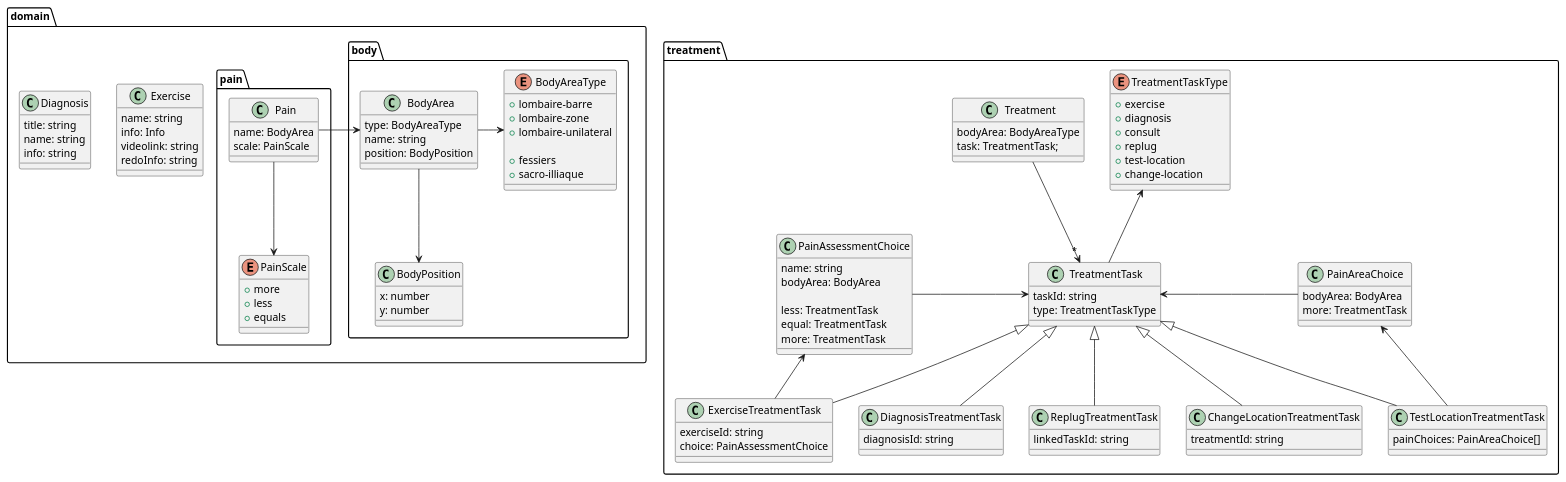
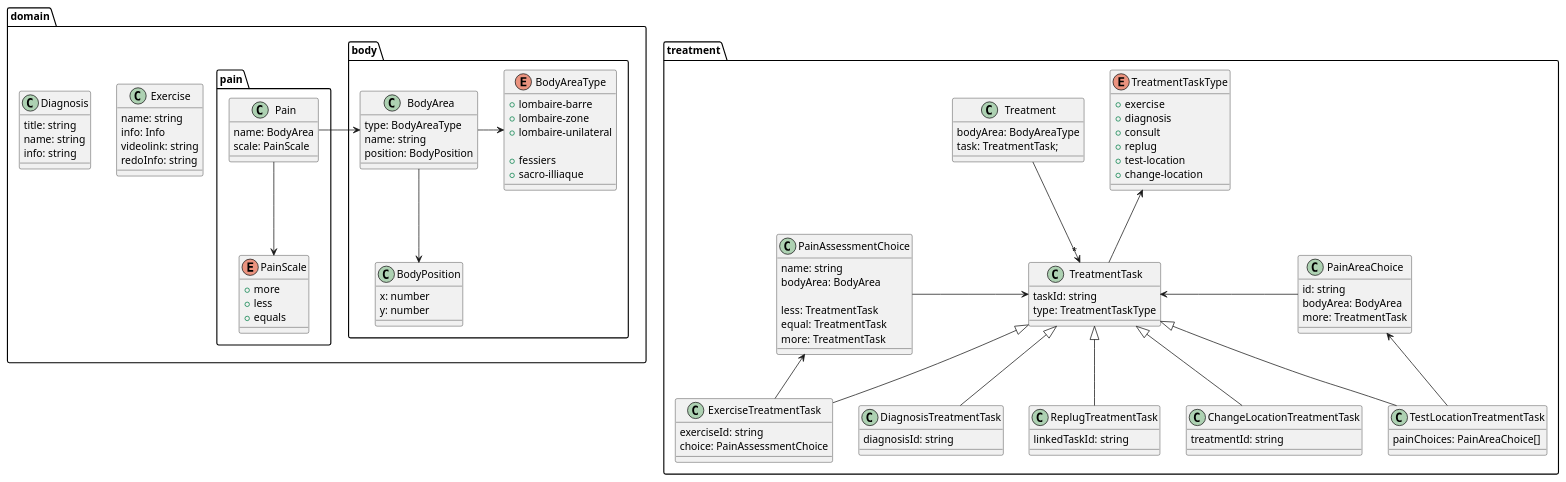
The diagram in documentation/puml/domain.model.puml (cevex/kinetic), drawn with PlantUML before and after one commit.

Commit message:
[init] Init treatment routing

```diff
--- a/documentation/puml/domain.model.puml
+++ b/documentation/puml/domain.model.puml
@@ -1,136 +1,137 @@
 @startuml
 
 package domain {
     package body {
 
         class BodyArea {
             type: BodyAreaType
             name: string
             position: BodyPosition
         }
 
         enum BodyAreaType {
             + lombaire-barre
             + lombaire-zone
             + lombaire-unilateral
 
             + fessiers
             + sacro-illiaque
         }
 
         class BodyPosition {
             x: number
             y: number
         }
 
         BodyArea -r-> BodyAreaType
         BodyArea --> BodyPosition
     }
 
     package pain {
 
         class Pain {
             name: BodyArea
             scale: PainScale
         }
 
         enum PainScale {
             + more
             + less
             + equals
         }
 
         Pain --> PainScale
         Pain -r-> BodyArea
     }
 
     class Exercise {
         name: string
         info: Info
         videolink: string
         redoInfo: string
     }
 
     class Diagnosis {
         title: string
         name: string
         info: string
     }
 }
 
 package treatment {
 
     class Treatment {
         bodyArea: BodyAreaType
         task: TreatmentTask;
     }
 
     class TreatmentTask {
         taskId: string
         type: TreatmentTaskType
     }
 
     enum TreatmentTaskType {
         + exercise
         + diagnosis
         + consult
         + replug
         + test-location
         + change-location
         '+ pain-assessment
     }
 
     class ExerciseTreatmentTask {
         exerciseId: string
         choice: PainAssessmentChoice
     }
 
     class DiagnosisTreatmentTask {
         diagnosisId: string
     }
 
     class ReplugTreatmentTask {
         linkedTaskId: string
     }
 
     class ChangeLocationTreatmentTask {
         treatmentId: string
     }
 
     class TestLocationTreatmentTask {
         painChoices: PainAreaChoice[]
     }
 
     class PainAssessmentChoice {
         name: string
         bodyArea: BodyArea
 
         less: TreatmentTask
         equal: TreatmentTask
         more: TreatmentTask
     }
 
     class PainAreaChoice {
+        id: string
         bodyArea: BodyArea
         more: TreatmentTask
     }
 
 
     Treatment --> "*" TreatmentTask
 
     TreatmentTask -u-> TreatmentTaskType
 
     TreatmentTask <|-- ExerciseTreatmentTask
     TreatmentTask <|-- DiagnosisTreatmentTask
     TreatmentTask <|-- ReplugTreatmentTask
     TreatmentTask <|-- TestLocationTreatmentTask
     TreatmentTask <|--  ChangeLocationTreatmentTask
 
     ExerciseTreatmentTask -u-> PainAssessmentChoice
     TestLocationTreatmentTask -u-> PainAreaChoice
 
     PainAssessmentChoice -r-> TreatmentTask
     PainAreaChoice -l-> TreatmentTask
 }
 
 @enduml
```
